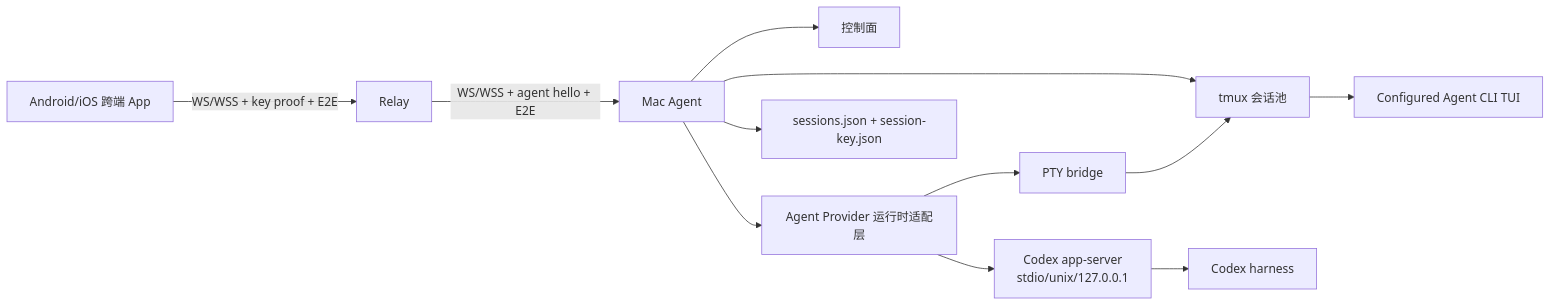
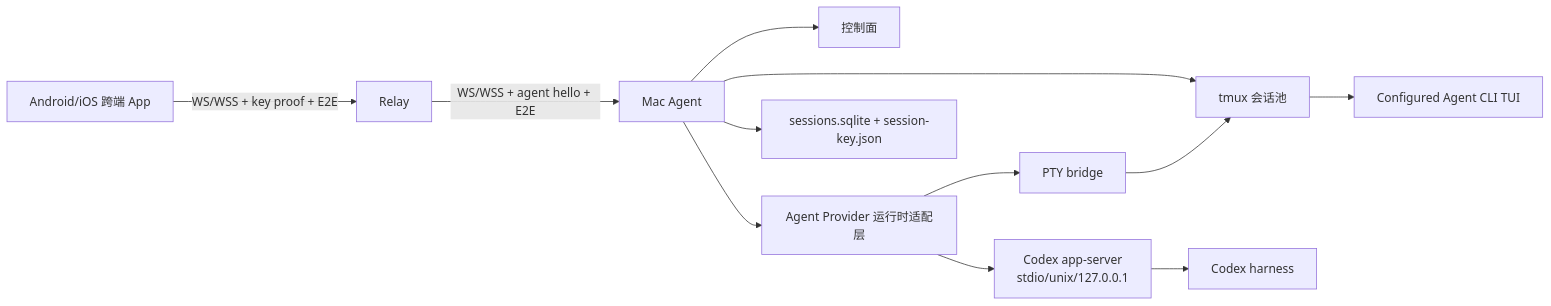
The first of 2 diagrams in docs/mobile-codex-tui-technical-solution.md (zhangbozhb/OmniWork), drawn with Mermaid before and after one commit. The commit also changed other lines of this file and 11 other files, not shown here.

Commit message:
Migrate mac session store to SQLite

````diff
--- a/docs/mobile-codex-tui-technical-solution.md
+++ b/docs/mobile-codex-tui-technical-solution.md
@@ -198,17 +198,17 @@
 ```mermaid
 flowchart LR
   Phone["Android/iOS 跨端 App"] -->|WS/WSS + key proof + E2E| Relay["Relay"]
   Relay -->|WS/WSS + agent hello + E2E| Agent["Mac Agent"]
 
   Agent --> Control["控制面"]
   Agent --> Runtime["Agent Provider 运行时适配层"]
   Agent --> Tmux["tmux 会话池"]
-  Agent --> Store["sessions.json + session-key.json"]
+  Agent --> Store["sessions.sqlite + session-key.json"]
 
   Runtime --> AppServer["Codex app-server<br/>stdio/unix/127.0.0.1"]
   Runtime --> PTY["PTY bridge"]
   PTY --> Tmux
   Tmux --> ProviderTUI["Configured Agent CLI TUI"]
 
   AppServer --> CodexHarness["Codex harness"]
 ```
````
